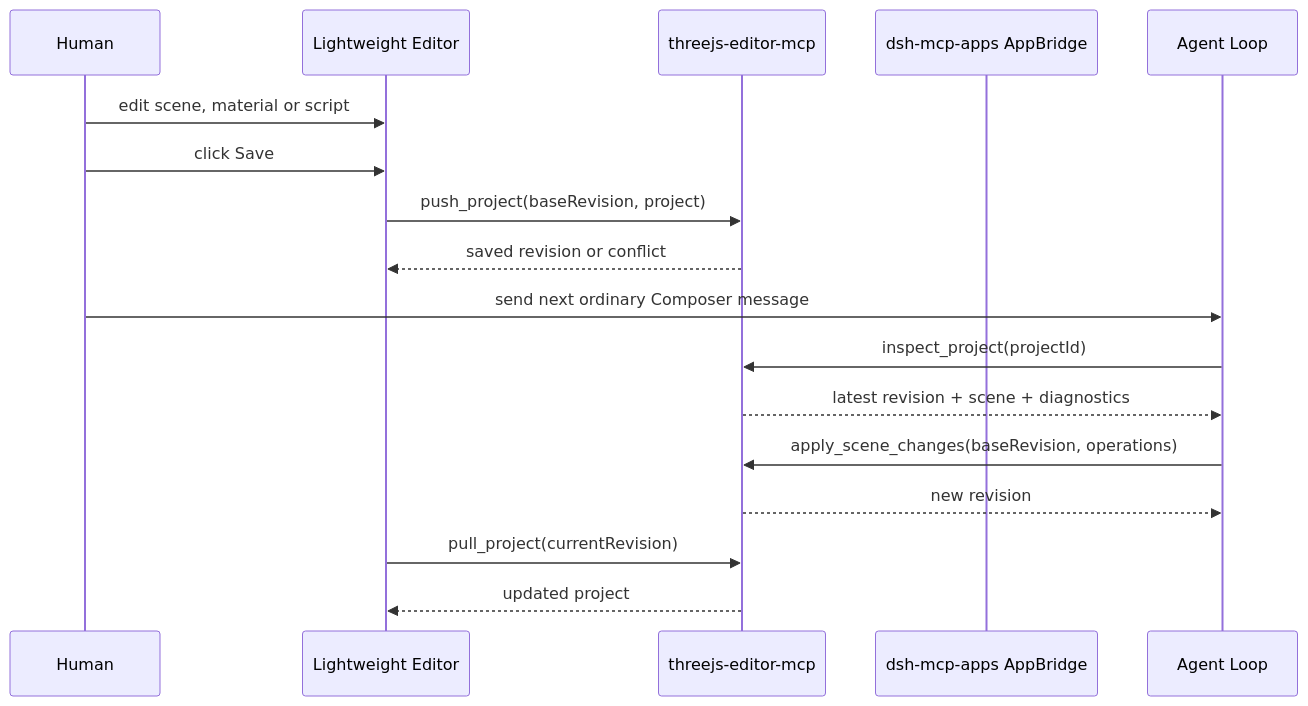
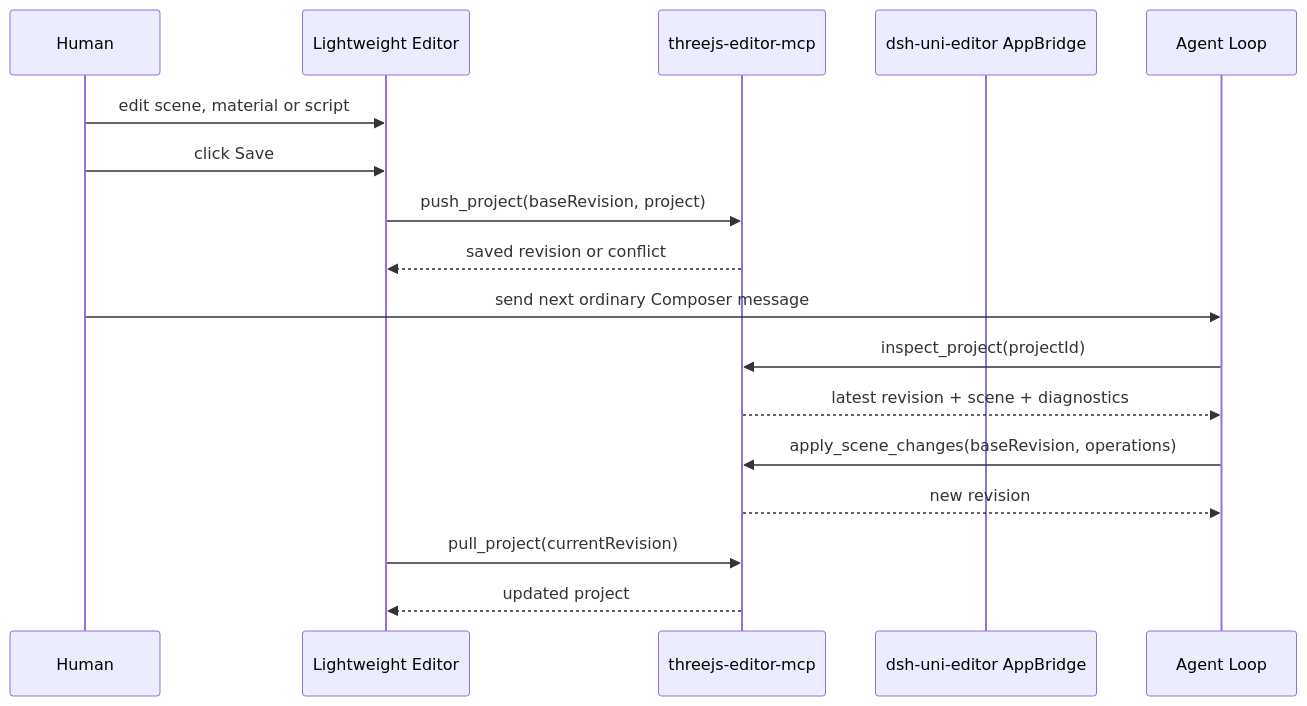
The third of 3 diagrams in docs/DESIGN.md (creativedswork/threejs-editor-mcp), drawn with Mermaid before and after one commit. The commit also changed other lines of this file and 16 other files, not shown here.

Commit message:
docs: rename host to DSH Uni Editor

````diff
--- a/docs/DESIGN.md
+++ b/docs/DESIGN.md
@@ -273,20 +273,20 @@
 ```mermaid
 sequenceDiagram
   participant H as Human
   participant E as Lightweight Editor
   participant S as threejs-editor-mcp
-  participant B as dsh-mcp-apps AppBridge
+  participant B as dsh-uni-editor AppBridge
   participant A as Agent Loop
 
   H->>E: edit scene, material or script
   H->>E: click Save
   E->>S: push_project(baseRevision, project)
   S-->>E: saved revision or conflict
   H->>A: send next ordinary Composer message
   A->>S: inspect_project(projectId)
   S-->>A: latest revision + scene + diagnostics
   A->>S: apply_scene_changes(baseRevision, operations)
   S-->>A: new revision
   E->>S: pull_project(currentRevision)
   S-->>E: updated project
 ```
````
